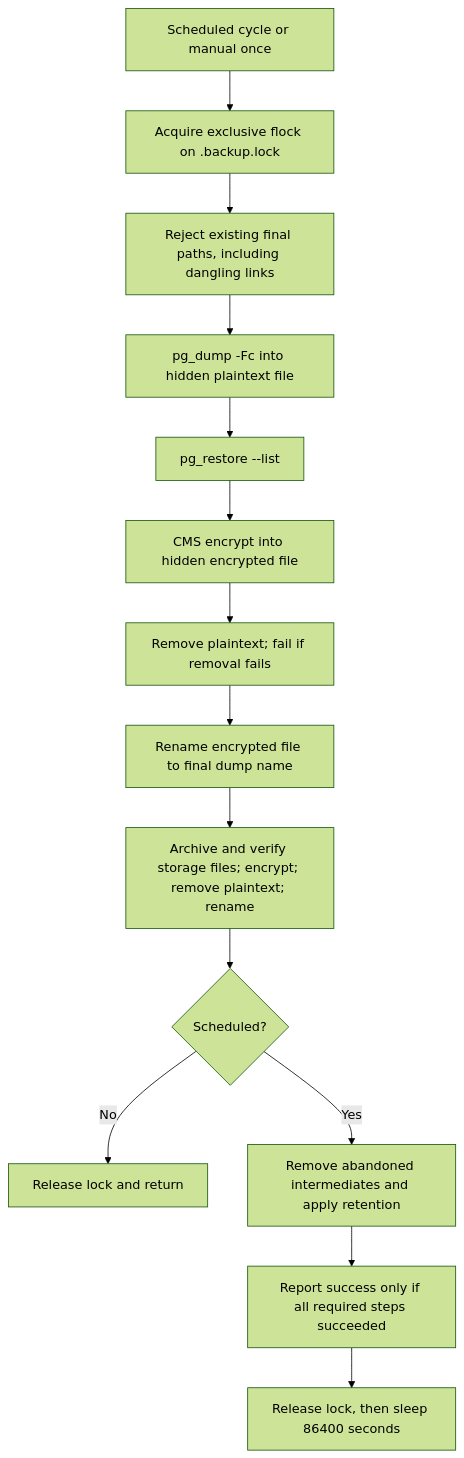
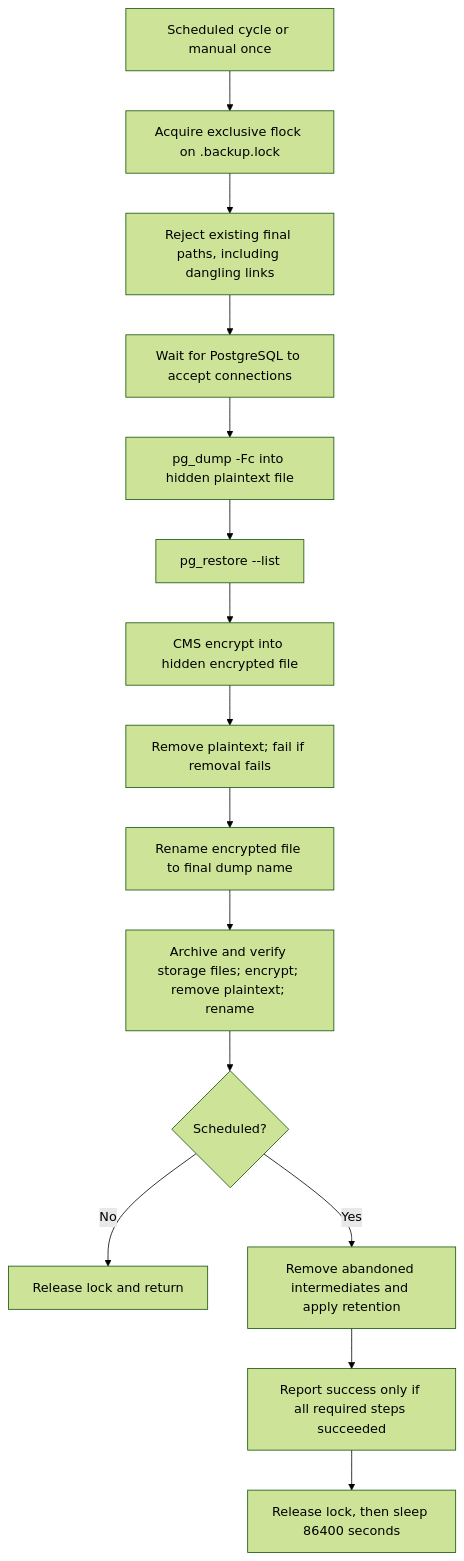
The second of 5 diagrams in docs/backups-and-restore.md (ohcnetwork/care_clinic), drawn with Mermaid (forest theme) before and after one commit. The commit also changed other lines of this file and 27 other files, not shown here.

````diff
--- a/docs/backups-and-restore.md
+++ b/docs/backups-and-restore.md
@@ -344,16 +355,17 @@
 ```mermaid
 flowchart TD
     Request["Scheduled cycle or manual once"] --> Lock["Acquire exclusive flock on .backup.lock"]
     Lock --> Collision["Reject existing final paths, including dangling links"]
-    Collision --> Dump["pg_dump -Fc into hidden plaintext file"]
+    Collision --> Ready["Wait for PostgreSQL to accept connections"]
+    Ready --> Dump["pg_dump -Fc into hidden plaintext file"]
     Dump --> Verify["pg_restore --list"]
     Verify --> Encrypt["CMS encrypt into hidden encrypted file"]
     Encrypt --> Remove["Remove plaintext; fail if removal fails"]
     Remove --> Publish["Rename encrypted file to final dump name"]
     Publish --> Files["Archive and verify storage files; encrypt; remove plaintext; rename"]
     Files --> Mode{"Scheduled?"}
     Mode -- No --> Unlock["Release lock and return"]
     Mode -- Yes --> Prune["Remove abandoned intermediates and apply retention"]
     Prune --> Result["Report success only if all required steps succeeded"]
     Result --> Sleep["Release lock, then sleep 86400 seconds"]
 ```
````
